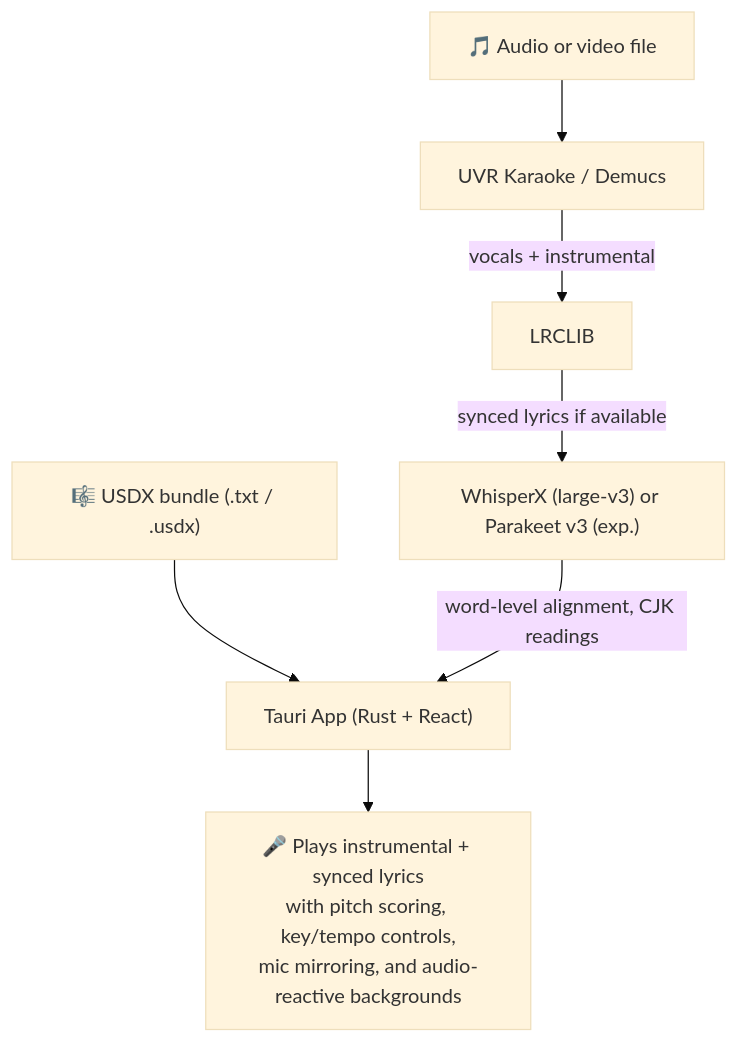
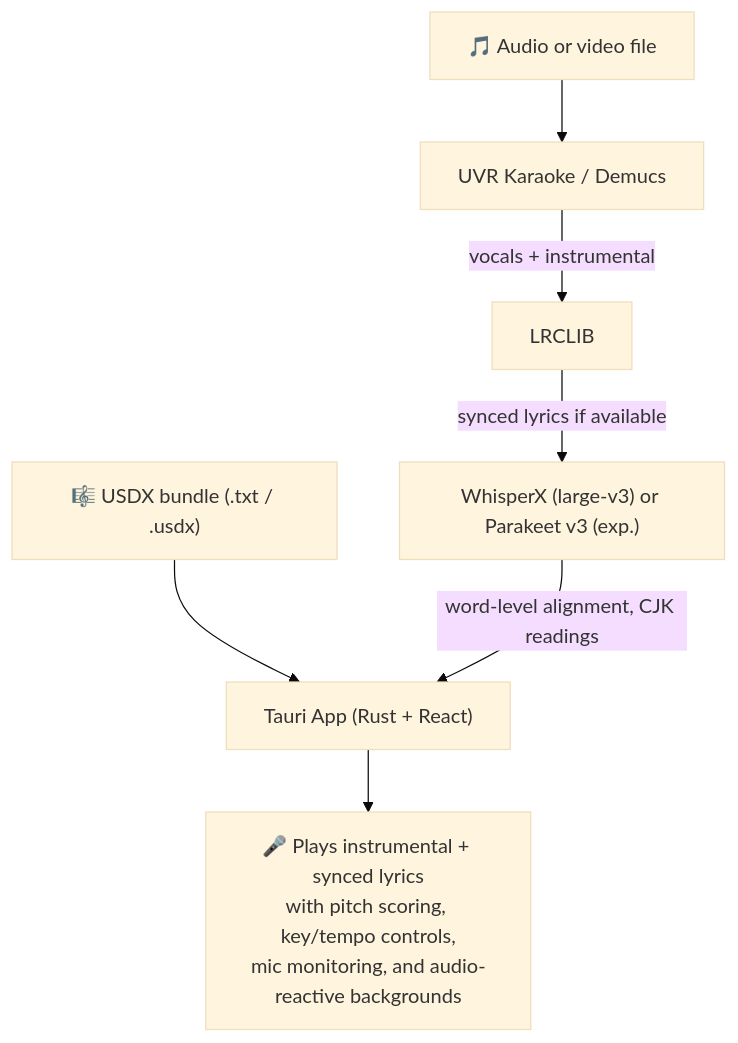
The diagram in site/docs/src/how-it-works.md (EllenOrange/nightingale), drawn with Mermaid (base theme) before and after one commit. The commit also changed 36 other files, not shown here.

```diff
--- a/site/docs/src/how-it-works.md
+++ b/site/docs/src/how-it-works.md
@@ -7,9 +7,9 @@
 <pre class="mermaid">
 flowchart TD
     A["🎵 Audio or video file"] --> B["UVR Karaoke / Demucs"]
     A2["🎼 USDX bundle (.txt / .usdx)"] --> E["Tauri App (Rust + React)"]
     B --> |"vocals + instrumental"| C["LRCLIB"]
     C --> |"synced lyrics if available"| D["WhisperX (large-v3) or Parakeet v3 (exp.)"]
     D --> |"word-level alignment, CJK readings"| E
-    E --> F["🎤 Plays instrumental + synced lyrics\nwith pitch scoring, key/tempo controls,\nmic mirroring, and audio-reactive backgrounds"]
+    E --> F["🎤 Plays instrumental + synced lyrics\nwith pitch scoring, key/tempo controls,\nmic monitoring, and audio-reactive backgrounds"]
 </pre>
```
